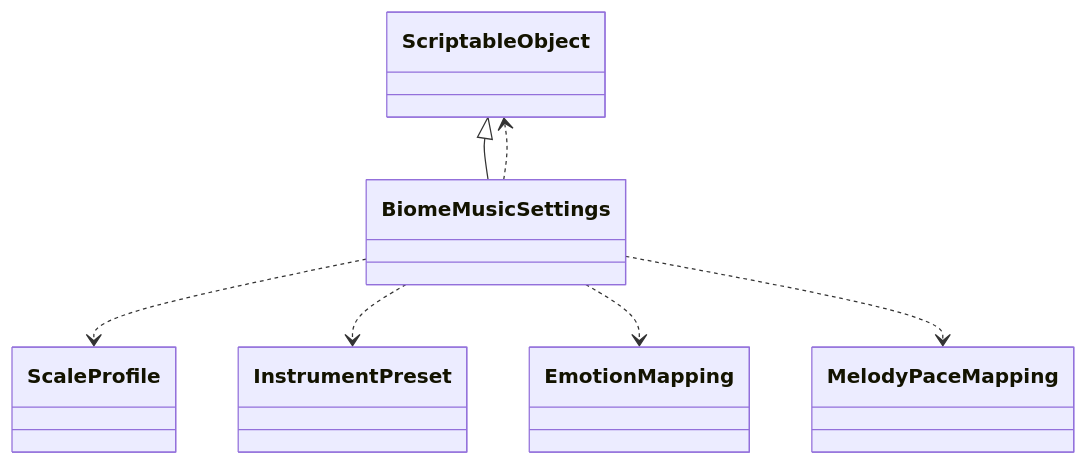
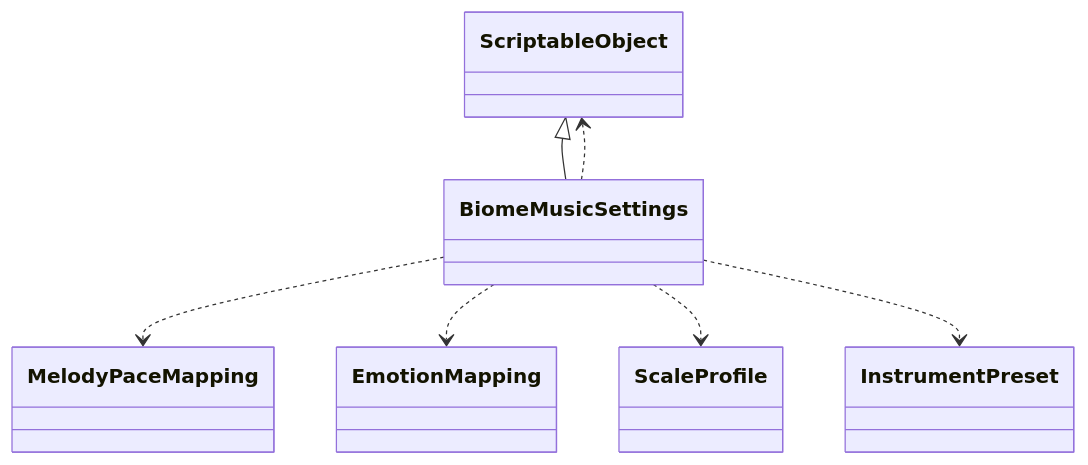
Before and after one commit to schnock-art/project_inspector: diagram 12 of 39 in test/test.md, drawn with Mermaid. The commit also changed other lines of this file and 3 other files, not shown here.

````diff
--- a/test/test.md
+++ b/test/test.md
@@ -320,9 +317,9 @@
 ```mermaid
 classDiagram
 ScriptableObject <|-- BiomeMusicSettings
+BiomeMusicSettings ..> MelodyPaceMapping
+BiomeMusicSettings ..> EmotionMapping
 BiomeMusicSettings ..> ScaleProfile
+BiomeMusicSettings ..> ScriptableObject
 BiomeMusicSettings ..> InstrumentPreset
-BiomeMusicSettings ..> ScriptableObject
-BiomeMusicSettings ..> EmotionMapping
-BiomeMusicSettings ..> MelodyPaceMapping
 ```
````
